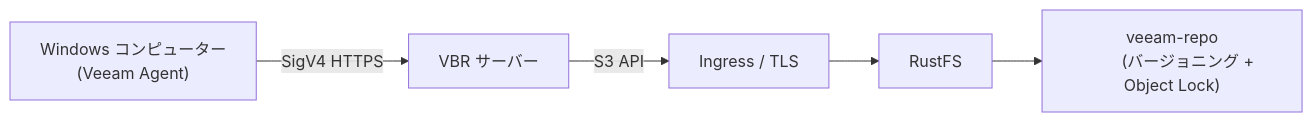
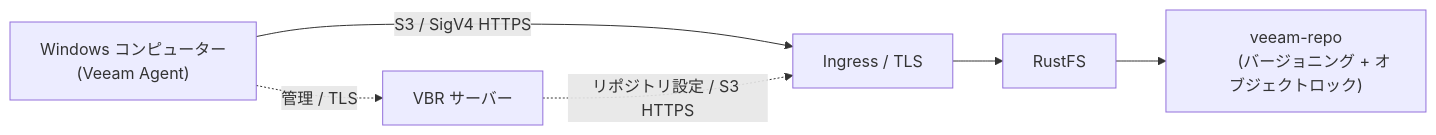
The diagram in content/ja/developer/integration/backup/veeam.md (rustfs/docs.rustfs.com), drawn with Mermaid before and after one commit. The commit also changed other lines of this file and 44 other files, not shown here.

````diff
--- a/content/ja/developer/integration/backup/veeam.md
+++ b/content/ja/developer/integration/backup/veeam.md
@@ -18,9 +22,10 @@
 ```mermaid
 flowchart LR
 	Computer["Windows コンピューター
-	(Veeam Agent)"] -->|SigV4 HTTPS| VBR["VBR サーバー"]
-	VBR -->|S3 API| Traefik["Ingress / TLS"]
+	(Veeam Agent)"] -.->|管理 / TLS| VBR["VBR サーバー"]
+	Computer -->|S3 / SigV4 HTTPS| Traefik["Ingress / TLS"]
+	VBR -.->|リポジトリ設定 / S3 HTTPS| Traefik
 	Traefik --> RustFS["RustFS"]
 	RustFS --> Bucket["veeam-repo
-	(バージョニング + Object Lock)"]
+	(バージョニング + オブジェクトロック)"]
 ```
````
